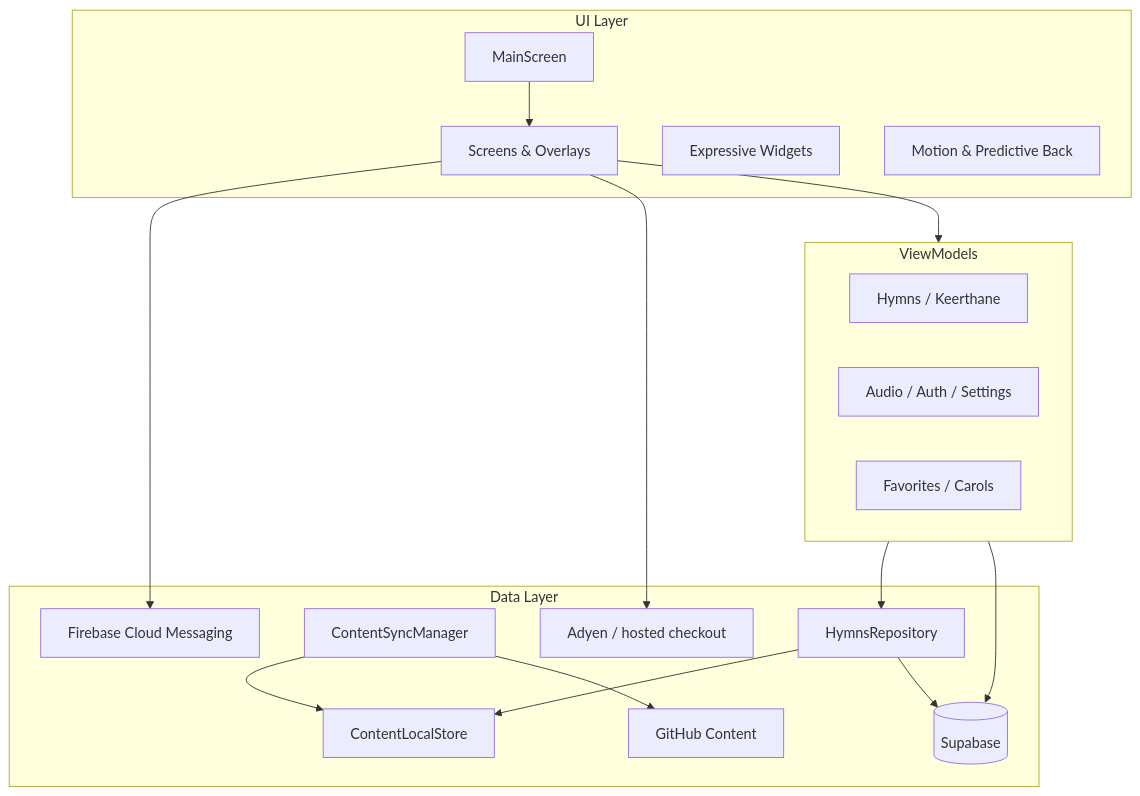
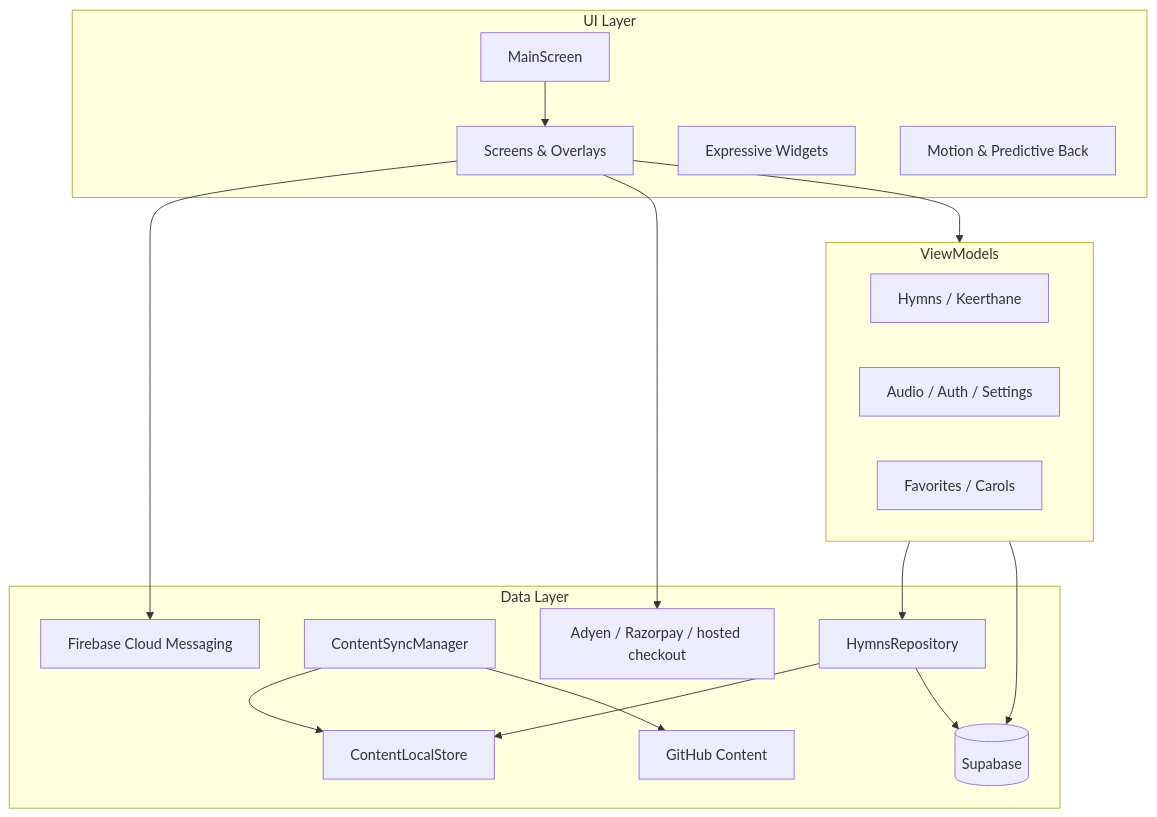
The diagram in README.md (CSI-Hymns-Book/CSI-Hymns-Android-Native), drawn with Mermaid before and after one commit. The commit also changed other lines of this file, not shown here.

````diff
--- a/README.md
+++ b/README.md
@@ -136,36 +137,36 @@
 ```mermaid
 flowchart TB
     subgraph UI["UI Layer"]
         MS[MainScreen]
         Screens[Screens & Overlays]
         Widgets[Expressive Widgets]
         Motion[Motion & Predictive Back]
     end
 
     subgraph VM["ViewModels"]
         HVM[Hymns / Keerthane]
         AVM[Audio / Auth / Settings]
         FVM[Favorites / Carols]
     end
 
     subgraph Data["Data Layer"]
         Repo[HymnsRepository]
         CLS[ContentLocalStore]
         CSM[ContentSyncManager]
         SB[(Supabase)]
         GH[GitHub Content]
         FCM[Firebase Cloud Messaging]
-        Pay[Adyen / hosted checkout]
+        Pay[Adyen / Razorpay / hosted checkout]
     end
 
     MS --> Screens
     Screens --> VM
     VM --> Repo
     Repo --> CLS
     CSM --> CLS
     CSM --> GH
     Repo --> SB
     VM --> SB
     Screens --> FCM
     Screens --> Pay
 ```
````
